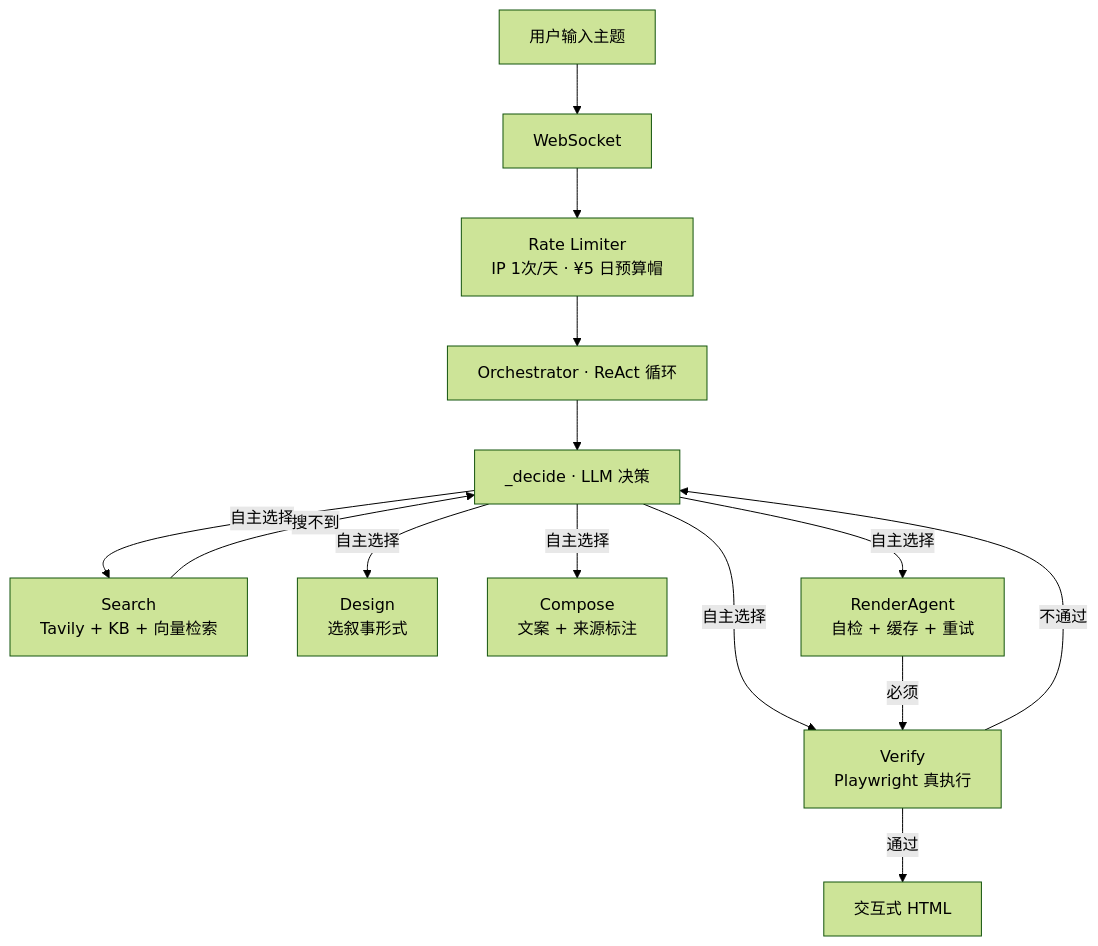
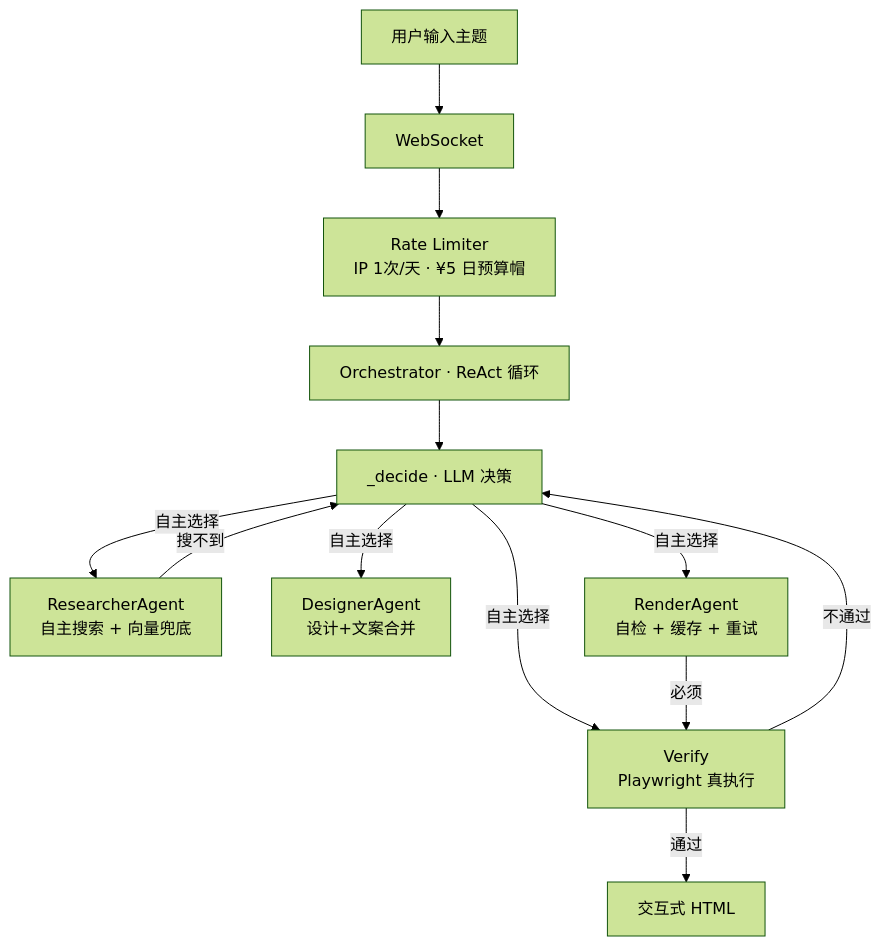
Before and after one commit to hfujw/ai-game-factory: the diagram in README.md, drawn with Mermaid (forest theme). The commit also changed other lines of this file and 4 other files, not shown here.

Commit message:
docs: 全量同步——system prompt/TOOL_COST/CLAUDE/README/STRUCTURE/路线图 全部更新Phase 1-4状态

````diff
--- a/README.md
+++ b/README.md
@@ -30,16 +30,15 @@
 ```mermaid
 flowchart TD
     U[用户输入主题] --> WS[WebSocket]
     WS --> RL[Rate Limiter<br/>IP 1次/天 · ¥5 日预算帽]
     RL --> O[Orchestrator · ReAct 循环]
     O --> D[_decide · LLM 决策]
-    D -->|自主选择| S[Search<br/>Tavily + KB + 向量检索]
-    D -->|自主选择| DE[Design<br/>选叙事形式]
-    D -->|自主选择| C[Compose<br/>文案 + 来源标注]
+    D -->|自主选择| S[ResearcherAgent<br/>自主搜索 + 向量兜底]
+    D -->|自主选择| DE[DesignerAgent<br/>设计+文案合并]
     D -->|自主选择| R[RenderAgent<br/>自检 + 缓存 + 重试]
     D -->|自主选择| V[Verify<br/>Playwright 真执行]
     V -->|通过| HTML[交互式 HTML]
     V -->|不通过| D
     S -->|搜不到| D
     R -->|必须| V
 ```
````
